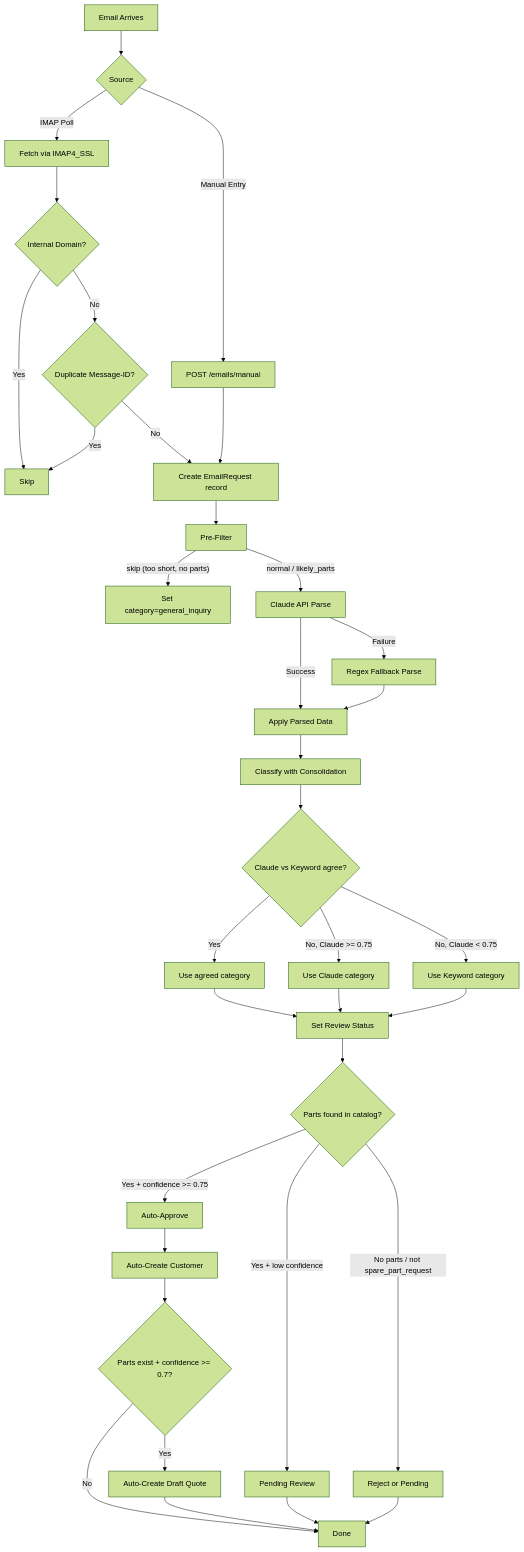
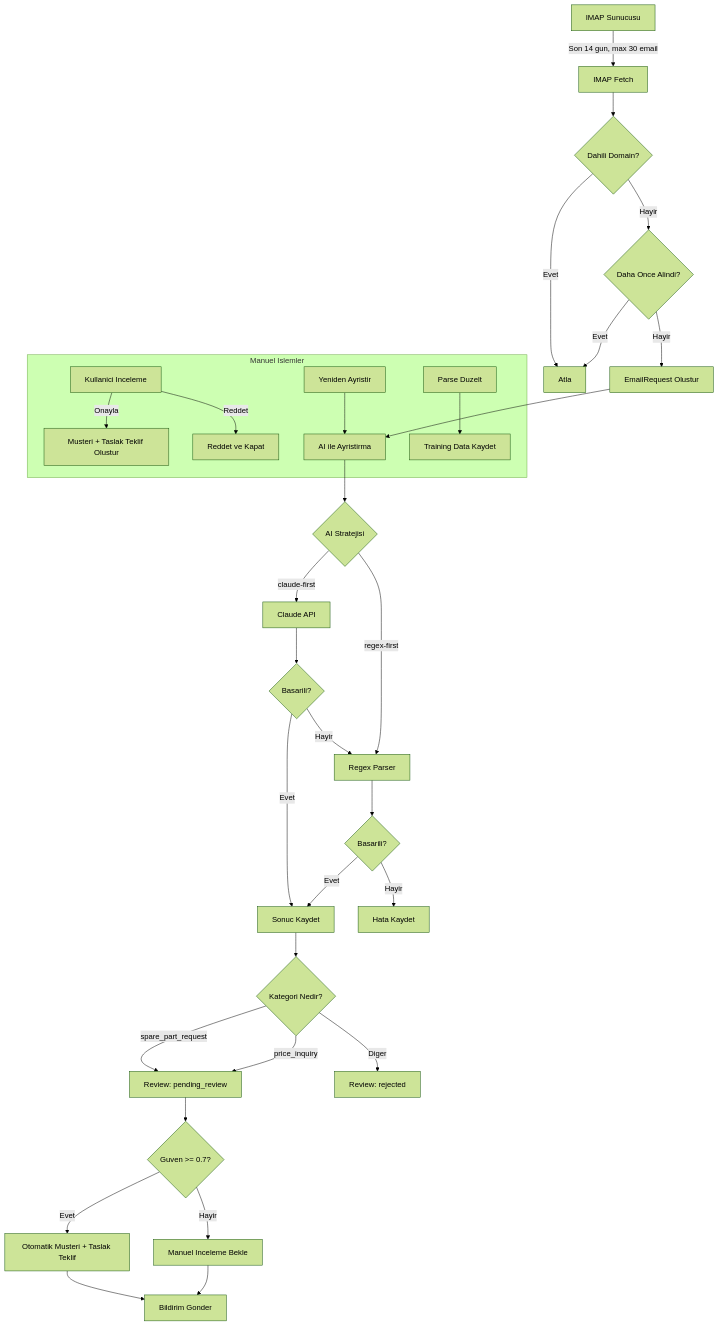
The fifth of 10 diagrams in TECHNICAL-DOCUMENTATION.md (oasici/honeywell-sales-manager), drawn with Mermaid (forest theme) before and after one commit. The commit also changed other lines of this file, not shown here.

````diff
--- a/TECHNICAL-DOCUMENTATION.md
+++ b/TECHNICAL-DOCUMENTATION.md
@@ -1074,43 +2397,42 @@
 ```mermaid
 flowchart TD
-    A[Email Arrives] --> B{Source}
-    B -->|IMAP Poll| C[Fetch via IMAP4_SSL]
-    B -->|Manual Entry| D[POST /emails/manual]
+    A[IMAP Sunucusu] -->|"Son 14 gun, max 30 email"| B[IMAP Fetch]
+    B --> C{Dahili Domain?}
+    C -->|Evet| D[Atla]
+    C -->|Hayir| E{Daha Once Alindi?}
+    E -->|Evet| D
+    E -->|Hayir| F[EmailRequest Olustur]
+    F --> G[AI ile Ayristirma]
 
-    C --> E{Internal Domain?}
-    E -->|Yes| F[Skip]
-    E -->|No| G{Duplicate Message-ID?}
-    G -->|Yes| F
-    G -->|No| H[Create EmailRequest record]
+    G --> H{AI Stratejisi}
+    H -->|claude-first| I[Claude API]
+    H -->|regex-first| J[Regex Parser]
 
-    D --> H
+    I --> K{Basarili?}
+    K -->|Evet| L[Sonuc Kaydet]
+    K -->|Hayir| J
 
-    H --> I[Pre-Filter]
-    I -->|"skip (too short, no parts)"| J[Set category=general_inquiry]
-    I -->|"normal / likely_parts"| K[Claude API Parse]
+    J --> M{Basarili?}
+    M -->|Evet| L
+    M -->|Hayir| N[Hata Kaydet]
 
-    K -->|Success| L[Apply Parsed Data]
-    K -->|Failure| M[Regex Fallback Parse]
-    M --> L
+    L --> O{Kategori Nedir?}
+    O -->|spare_part_request| P[Review: pending_review]
+    O -->|price_inquiry| P
+    O -->|Diger| Q[Review: rejected]
 
-    L --> N[Classify with Consolidation]
-    N --> O{Claude vs Keyword agree?}
-    O -->|Yes| P[Use agreed category]
-    O -->|No, Claude >= 0.75| Q[Use Claude category]
-    O -->|No, Claude < 0.75| R[Use Keyword category]
+    P --> R{Guven >= 0.7?}
+    R -->|Evet| S[Otomatik Musteri + Taslak Teklif]
+    R -->|Hayir| T[Manuel Inceleme Bekle]
 
-    P & Q & R --> S[Set Review Status]
-    S --> T{Parts found in catalog?}
-    T -->|"Yes + confidence >= 0.75"| U[Auto-Approve]
-    T -->|"Yes + low confidence"| V[Pending Review]
-    T -->|"No parts / not spare_part_request"| W[Reject or Pending]
+    S --> U[Bildirim Gonder]
+    T --> U
 
-    U --> X[Auto-Create Customer]
-    X --> Y{Parts exist + confidence >= 0.7?}
-    Y -->|Yes| Z[Auto-Create Draft Quote]
-    Y -->|No| AA[Done]
-    Z --> AA
-
-    V --> AA
-    W --> AA
+    subgraph "Manuel Islemler"
+        V[Kullanici Inceleme]
+        V -->|Onayla| W[Musteri + Taslak Teklif Olustur]
+        V -->|Reddet| X[Reddet ve Kapat]
+        Y[Yeniden Ayristir] --> G
+        Z[Parse Duzelt] --> AA[Training Data Kaydet]
+    end
 ```
````
